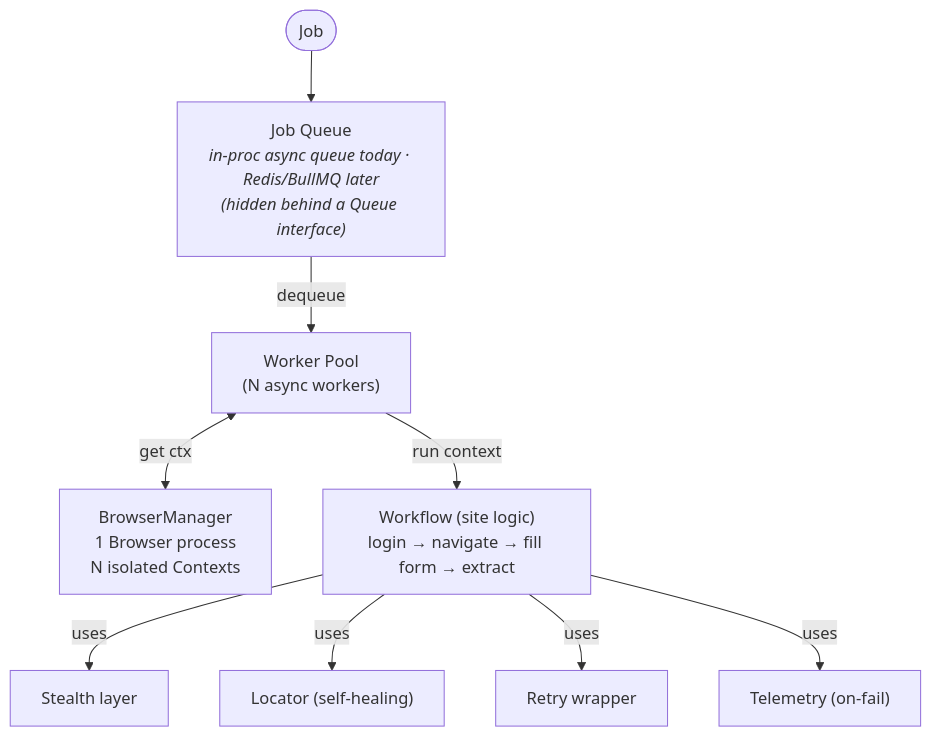
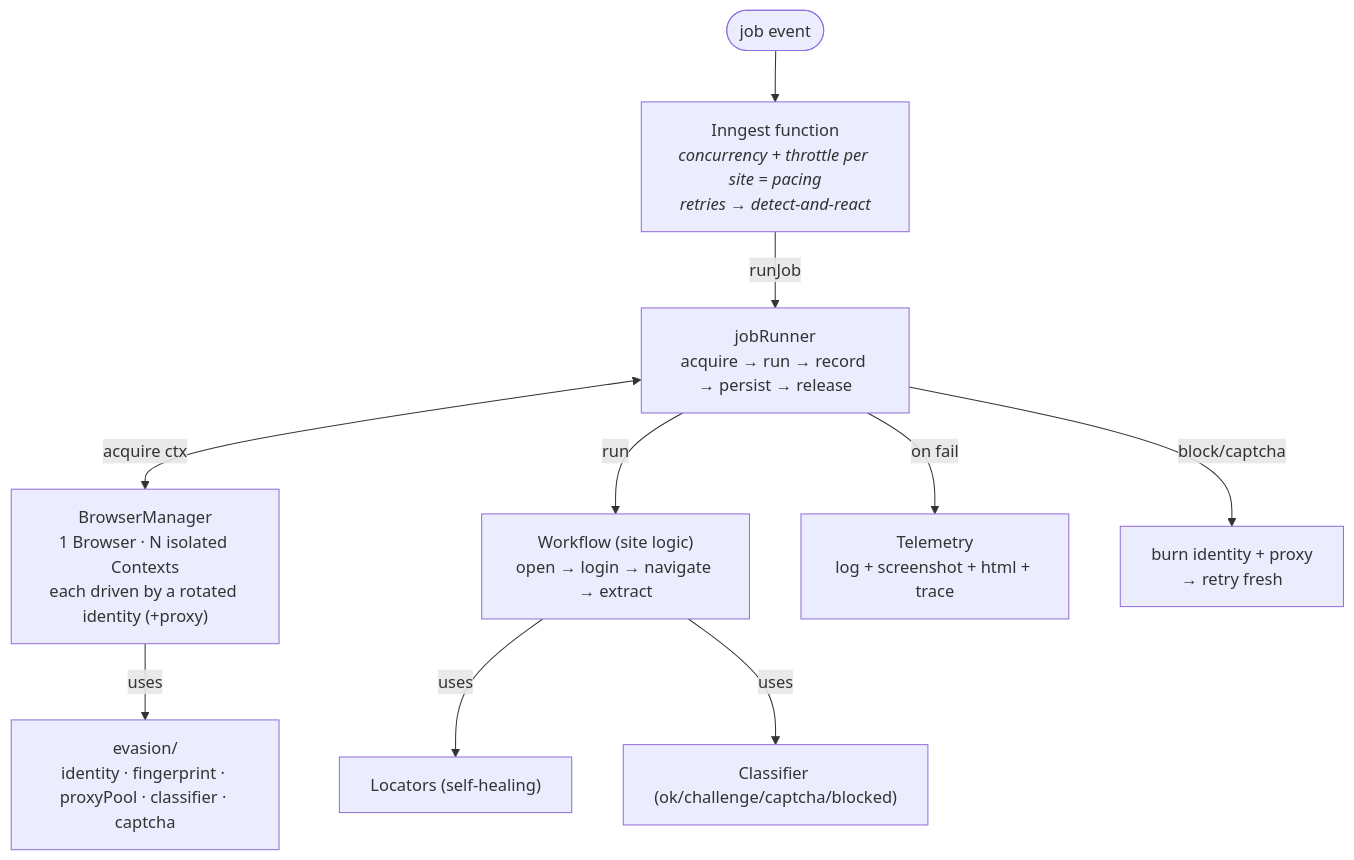
One commit to Lucifer4255/BraveBird changed the first of 4 diagrams in ARCHITECTURE.md. Above: the diagram before and after it, drawn with Mermaid. The commit also changed other lines of this file and 3 other files, not shown here.

First line of the commit message:
feat: update architecture and enhance orchestration for browser automation

````diff
--- a/ARCHITECTURE.md
+++ b/ARCHITECTURE.md
@@ -38,11 +43,12 @@
 ```mermaid
 flowchart TD
-    Job([Job]) --> Q["Job Queue<br/><i>in-proc async queue today · Redis/BullMQ later</i><br/><i>(hidden behind a Queue interface)</i>"]
-    Q -->|dequeue| W["Worker Pool<br/>(N async workers)"]
-    W <-->|get ctx| BM["BrowserManager<br/>1 Browser process<br/>N isolated Contexts"]
-    W -->|run context| WF["Workflow (site logic)<br/>login → navigate → fill form → extract"]
-    WF -->|uses| S[Stealth layer]
-    WF -->|uses| L["Locator (self-healing)"]
-    WF -->|uses| R[Retry wrapper]
-    WF -->|uses| T["Telemetry (on-fail)"]
+    Job([job event]) --> IN["Inngest function<br/><i>concurrency + throttle per site = pacing</i><br/><i>retries → detect-and-react</i>"]
+    IN -->|runJob| JR["jobRunner<br/>acquire → run → record → persist → release"]
+    JR <-->|acquire ctx| BM["BrowserManager<br/>1 Browser · N isolated Contexts<br/>each driven by a rotated identity (+proxy)"]
+    JR -->|run| WF["Workflow (site logic)<br/>open → login → navigate → extract"]
+    BM -->|uses| EV["evasion/<br/>identity · fingerprint · proxyPool · classifier · captcha"]
+    WF -->|uses| L["Locators (self-healing)"]
+    WF -->|uses| CL["Classifier (ok/challenge/captcha/blocked)"]
+    JR -->|on fail| T["Telemetry<br/>log + screenshot + html + trace"]
+    JR -->|block/captcha| BURN["burn identity + proxy<br/>→ retry fresh"]
 ```
````
